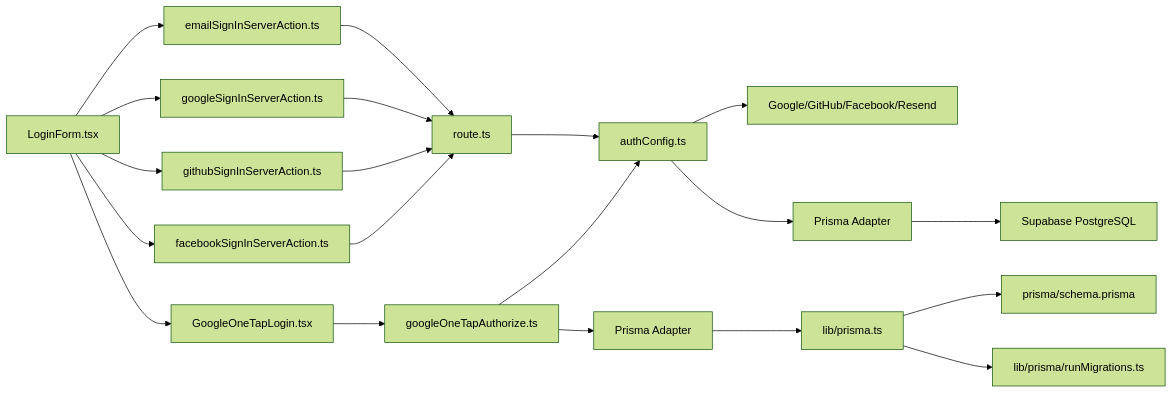
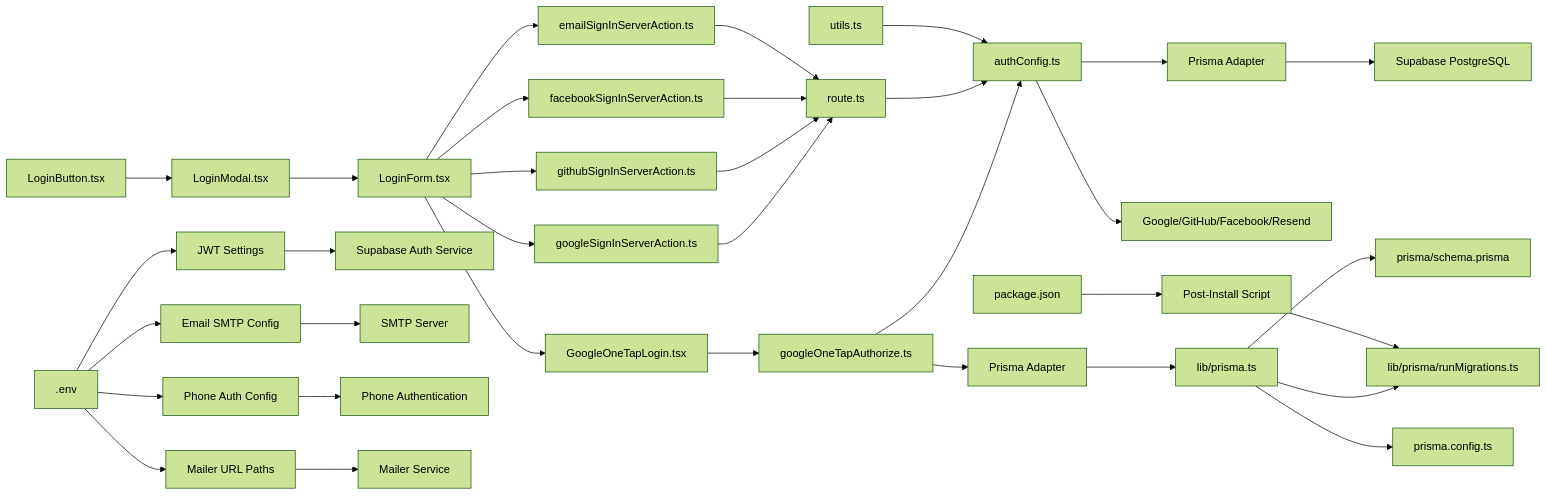
The eighth of 8 diagrams in .qoder/repowiki/en/content/Authentication & Authorization.md (AlexKutz/math-app-next-js), drawn with Mermaid (forest theme) before and after one commit. The commit also changed other lines of this file and 125 other files, not shown here.

````diff
--- a/.qoder/repowiki/en/content/Authentication & Authorization.md
+++ b/.qoder/repowiki/en/content/Authentication & Authorization.md
@@ -395,22 +728,36 @@
 ```mermaid
 graph LR
-LoginForm["LoginForm.tsx"] --> EmailAction["emailSignInServerAction.ts"]
+LoginButton["LoginButton.tsx"] --> LoginModal["LoginModal.tsx"]
+LoginModal --> LoginForm["LoginForm.tsx"]
+LoginForm --> EmailAction["emailSignInServerAction.ts"]
 LoginForm --> GoogleAction["googleSignInServerAction.ts"]
 LoginForm --> GithubAction["githubSignInServerAction.ts"]
 LoginForm --> FacebookAction["facebookSignInServerAction.ts"]
 LoginForm --> OneTapComp["GoogleOneTapLogin.tsx"]
 GoogleAction --> Route["route.ts"]
 GithubAction --> Route
 FacebookAction --> Route
 EmailAction --> Route
 OneTapComp --> OneTapAuth["googleOneTapAuthorize.ts"]
 OneTapAuth --> Config["authConfig.ts"]
 OneTapAuth --> PrismaAdapter["Prisma Adapter"]
 PrismaAdapter --> PrismaClient["lib/prisma.ts"]
 PrismaClient --> Schema["prisma/schema.prisma"]
 PrismaClient --> Migrations["lib/prisma/runMigrations.ts"]
+PrismaClient --> ConfigFile["prisma.config.ts"]
 Route --> Config
 Config --> Providers["Google/GitHub/Facebook/Resend"]
 Config --> Adapter["Prisma Adapter"]
 Adapter --> SupabaseDB["Supabase PostgreSQL"]
+Utils["utils.ts"] --> Config
+PackageJSON["package.json"] --> PostInstall["Post-Install Script"]
+PostInstall --> Migrations
+EnvConfig[".env"] --> JWTConfig["JWT Settings"]
+EnvConfig --> EmailConfig["Email SMTP Config"]
+EnvConfig --> PhoneConfig["Phone Auth Config"]
+EnvConfig --> MailerConfig["Mailer URL Paths"]
+JWTConfig --> SupabaseAuth["Supabase Auth Service"]
+EmailConfig --> SMTP["SMTP Server"]
+PhoneConfig --> PhoneAuth["Phone Authentication"]
+MailerConfig --> Mailer["Mailer Service"]
 ```
````
